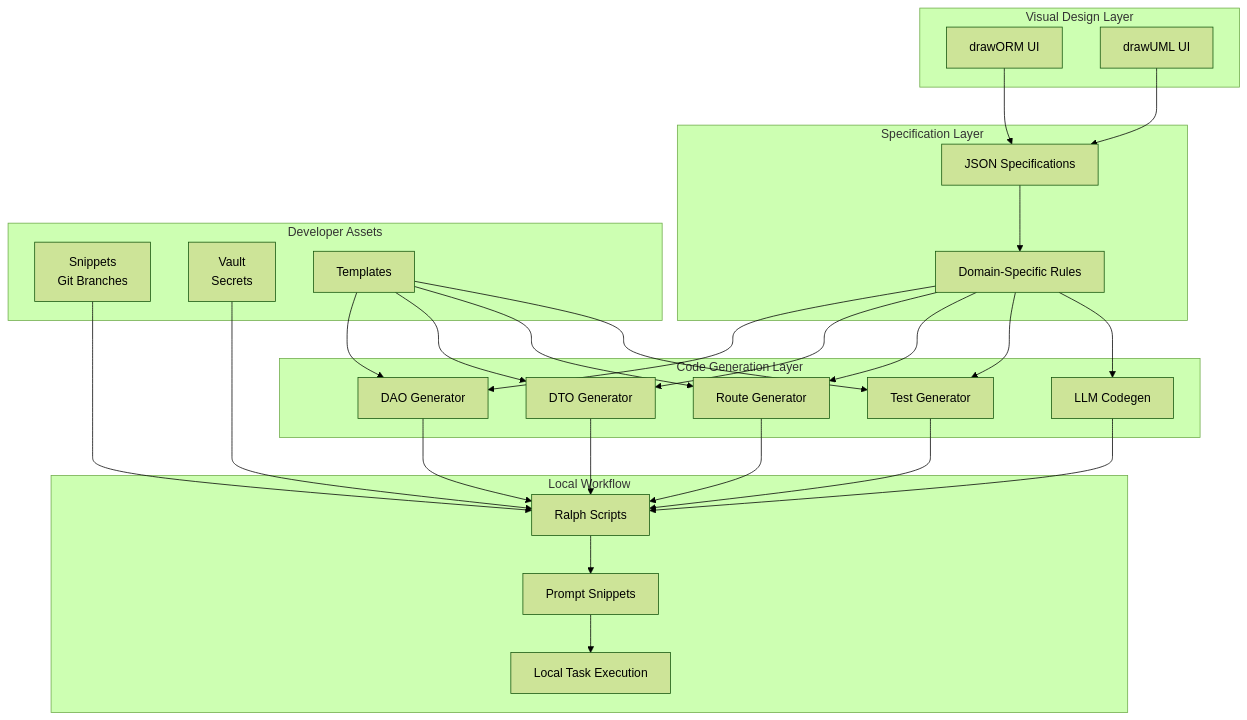
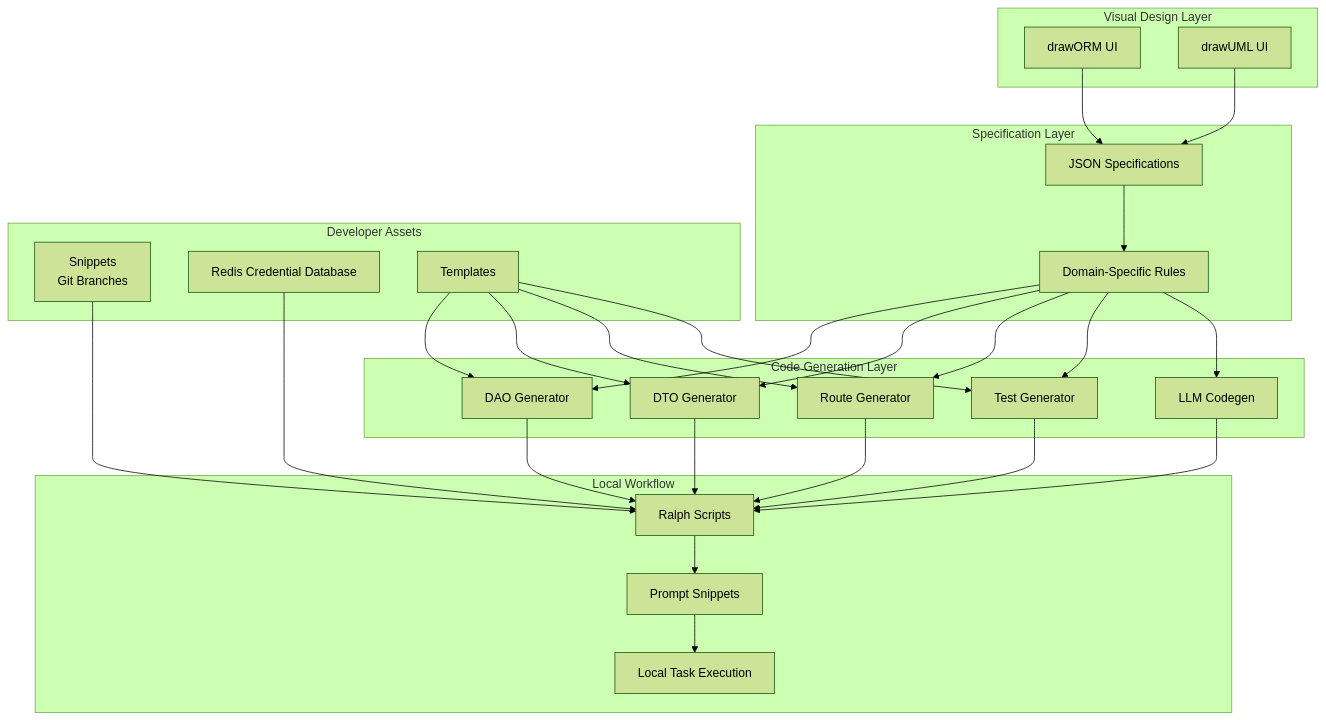
The first of 3 diagrams in README.md (kesler20/_devOS), drawn with Mermaid (forest theme) before and after one commit. The commit also changed other lines of this file and 19 other files, not shown here.

````diff
--- a/README.md
+++ b/README.md
@@ -390,54 +409,54 @@
 ```mermaid
 graph TB
     subgraph "Visual Design Layer"
         A[drawORM UI]
         B[drawUML UI]
     end
 
     subgraph "Specification Layer"
         C[JSON Specifications]
         D[Domain-Specific Rules]
     end
 
     subgraph "Code Generation Layer"
         E[DAO Generator]
         F[DTO Generator]
         G[Route Generator]
         H[Test Generator]
         I[LLM Codegen]
     end
 
     subgraph "Local Workflow"
       J[Ralph Scripts]
       K[Prompt Snippets]
       L[Local Task Execution]
     end
 
     subgraph "Developer Assets"
         M[Snippets<br/>Git Branches]
-        N[Vault<br/>Secrets]
+        N[Redis Credential Database]
         O[Templates]
     end
 
     A --> C
     B --> C
     C --> D
     D --> E
     D --> F
     D --> G
     D --> H
     D --> I
     E --> J
     F --> J
     G --> J
     H --> J
     I --> J
     J --> K
     K --> L
     M --> J
     N --> J
     O --> E
     O --> F
     O --> G
     O --> H
 ```
````
